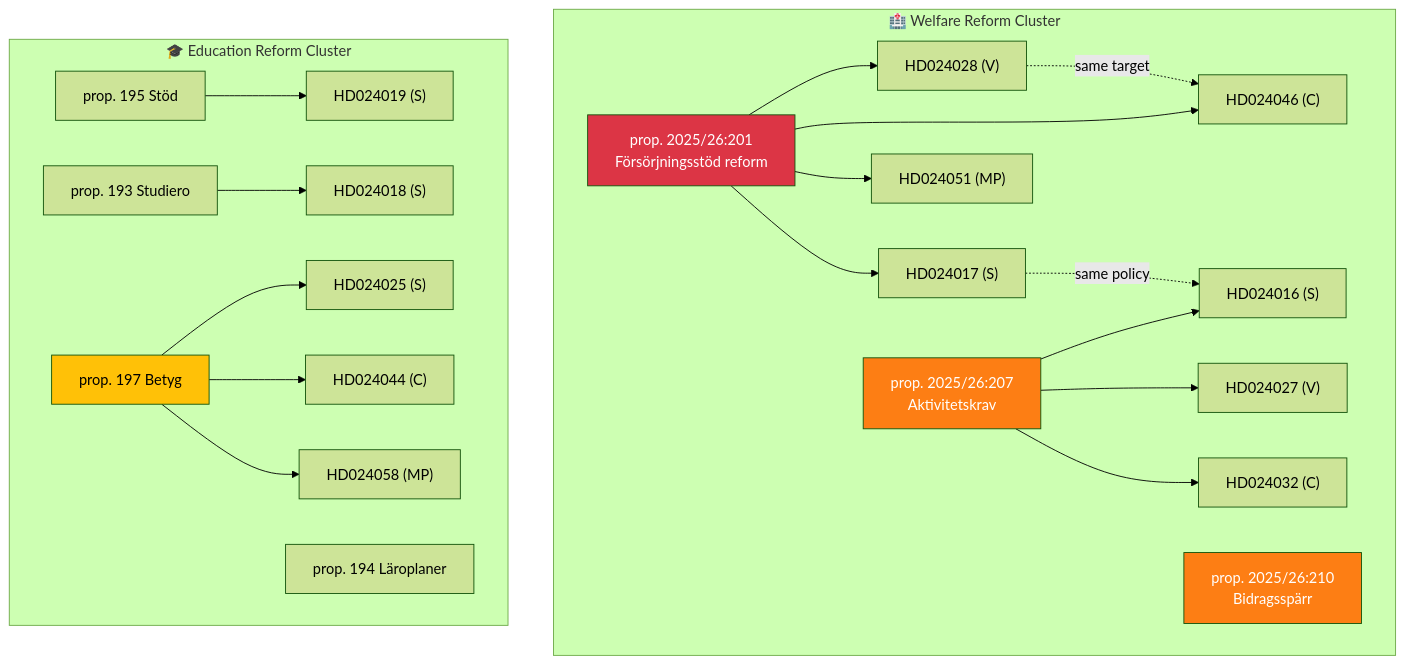
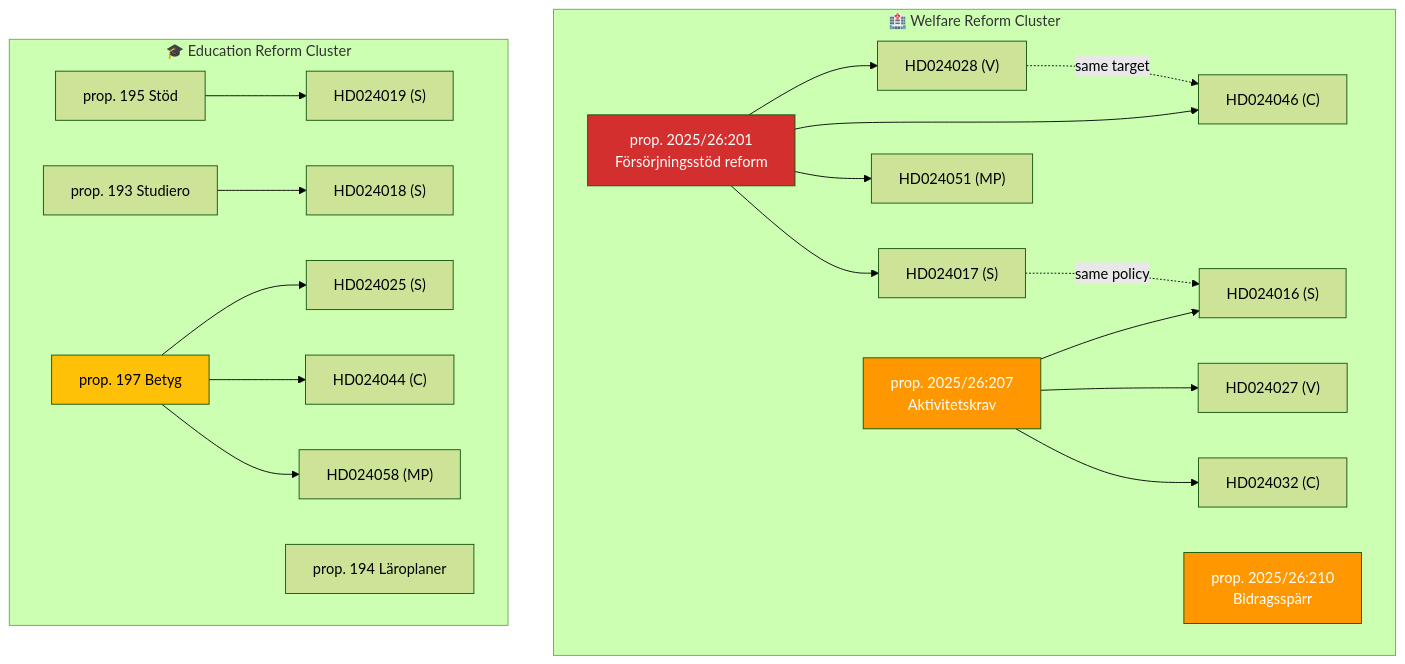
Before and after one commit to Hack23/riksdagsmonitor: the diagram in analysis/daily/2026-04-01/motions/cross-reference-map.md, drawn with Mermaid (forest theme). The commit also changed 785 other files, not shown here.

First line of the commit message:
Normalize mermaid colors across 786 analysis artifacts to ISMS Style Guide palette

````diff
--- a/analysis/daily/2026-04-01/motions/cross-reference-map.md
+++ b/analysis/daily/2026-04-01/motions/cross-reference-map.md
@@ -13,44 +13,44 @@
 ```mermaid
 graph TD
     subgraph Welfare["🏥 Welfare Reform Cluster"]
         P201["prop. 2025/26:201<br/>Försörjningsstöd reform"]
         P207["prop. 2025/26:207<br/>Aktivitetskrav"]
         P210["prop. 2025/26:210<br/>Bidragsspärr"]
         M17["HD024017 (S)"]
         M16["HD024016 (S)"]
         M28["HD024028 (V)"]
         M27["HD024027 (V)"]
         M32["HD024032 (C)"]
         M46["HD024046 (C)"]
         M51["HD024051 (MP)"]
     end
     subgraph Education["🎓 Education Reform Cluster"]
         P195["prop. 195 Stöd"]
         P193["prop. 193 Studiero"]
         P197["prop. 197 Betyg"]
         P194["prop. 194 Läroplaner"]
         MS19["HD024019 (S)"]
         MS18["HD024018 (S)"]
         MS25["HD024025 (S)"]
         MC44["HD024044 (C)"]
         MMP58["HD024058 (MP)"]
     end
     P201 --> M17
     P201 --> M28
     P201 --> M46
     P201 --> M51
     P207 --> M16
     P207 --> M27
     P207 --> M32
     P195 --> MS19
     P193 --> MS18
     P197 --> MS25
     P197 --> MC44
     P197 --> MMP58
     M17 -.->|same policy| M16
     M28 -.->|same target| M46
-    style P201 fill:#dc3545,color:#fff
-    style P207 fill:#fd7e14,color:#fff
-    style P210 fill:#fd7e14,color:#fff
-    style P197 fill:#ffc107,color:#000
+    style P201 fill:#D32F2F,color:#FFFFFF
+    style P207 fill:#FF9800,color:#FFFFFF
+    style P210 fill:#FF9800,color:#FFFFFF
+    style P197 fill:#FFC107,color:#000000
 ```
````
